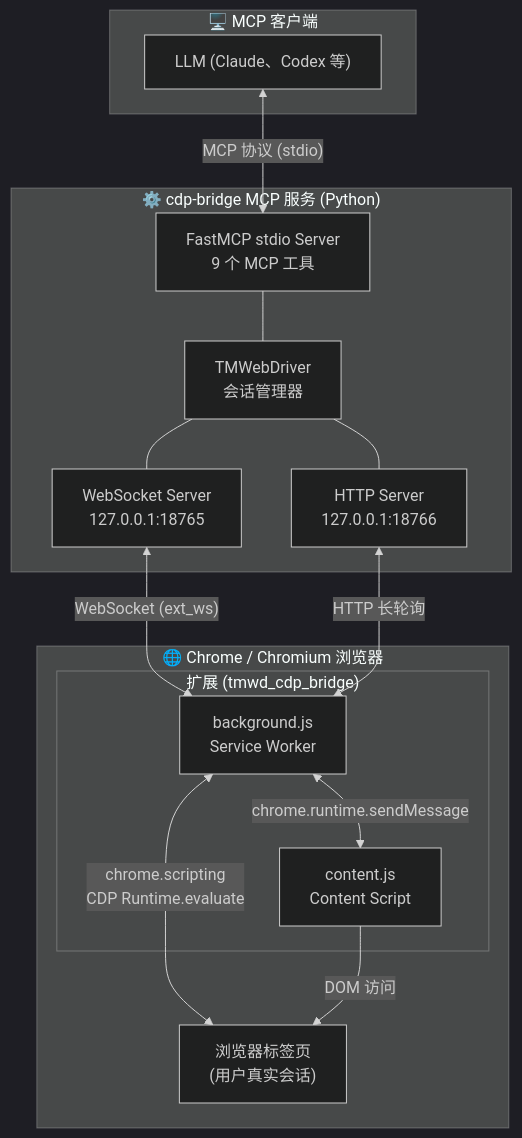
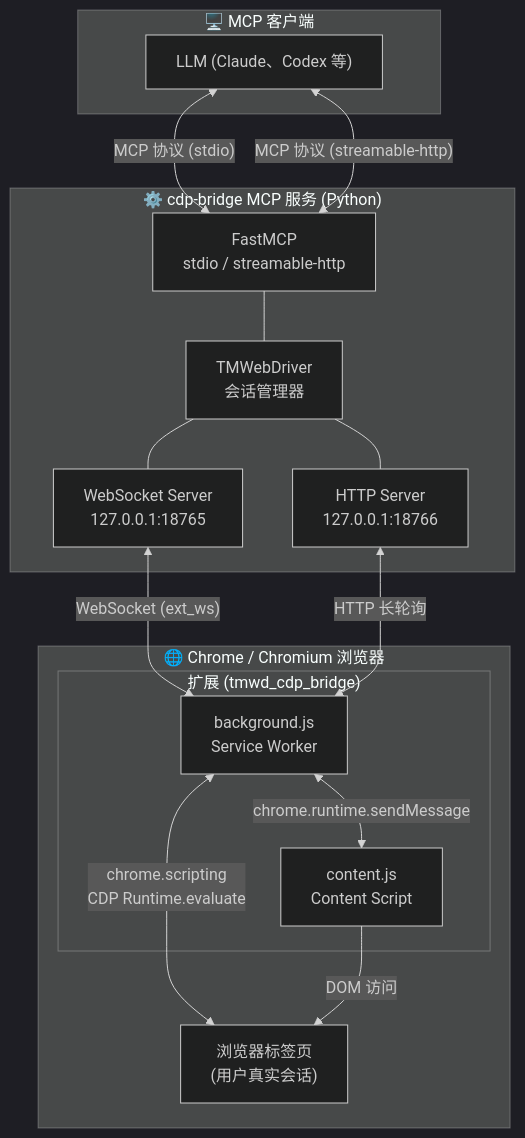
Before and after one commit to Unagi-cq/cdp-bridge-mcp: the diagram in README.md, drawn with Mermaid (dark theme). The commit also changed other lines of this file and 2 other files, not shown here.

Commit message:
docs: add streamable-http transport docs to both READMEs, bump to 0.1.13

````diff
--- a/README.md
+++ b/README.md
@@ -53,31 +53,32 @@
 ```mermaid
 graph TB
     subgraph Client["🖥️ MCP 客户端"]
         LLM["LLM (Claude、Codex 等)"]
     end
 
     subgraph Server["⚙️ cdp-bridge MCP 服务 (Python)"]
-        FastMCP["FastMCP stdio Server<br/>9 个 MCP 工具"]
+        FastMCP["FastMCP<br/>stdio / streamable-http"]
         TMWD["TMWebDriver<br/>会话管理器"]
         WS["WebSocket Server<br/>127.0.0.1:18765"]
         HTTP["HTTP Server<br/>127.0.0.1:18766"]
         FastMCP --- TMWD
         TMWD --- WS
         TMWD --- HTTP
     end
 
     subgraph Browser["🌐 Chrome / Chromium 浏览器"]
         subgraph Extension["扩展 (tmwd_cdp_bridge)"]
             BG["background.js<br/>Service Worker"]
             CT["content.js<br/>Content Script"]
         end
         Tabs["浏览器标签页<br/>(用户真实会话)"]
     end
 
     LLM <-->|"MCP 协议 (stdio)"| FastMCP
+    LLM <-->|"MCP 协议 (streamable-http)"| FastMCP
     WS <-->|"WebSocket (ext_ws)"| BG
     HTTP <-->|"HTTP 长轮询"| BG
     BG <-->|"chrome.scripting<br/>CDP Runtime.evaluate"| Tabs
     BG <-->|"chrome.runtime.sendMessage"| CT
     CT -->|"DOM 访问"| Tabs
 ```
````
